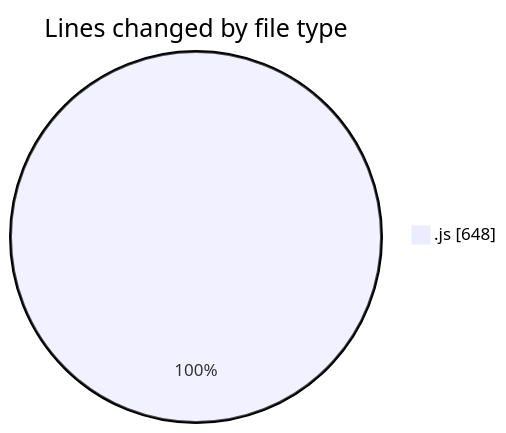
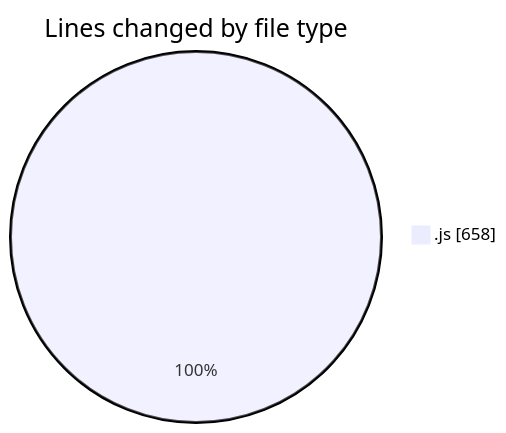
Before and after one commit to Ritupan-Deka/code-tracking: the first of 2 diagrams in 2025-07-22/javascript/README.md, drawn with Mermaid. The commit also changed other lines of this file and 1 other file, not shown here.

````diff
--- a/2025-07-22/javascript/README.md
+++ b/2025-07-22/javascript/README.md
@@ -22,5 +22,5 @@
 ```mermaid
 pie showData
 title Lines changed by file type
-".js" : 648
+".js" : 658
 ```
````
